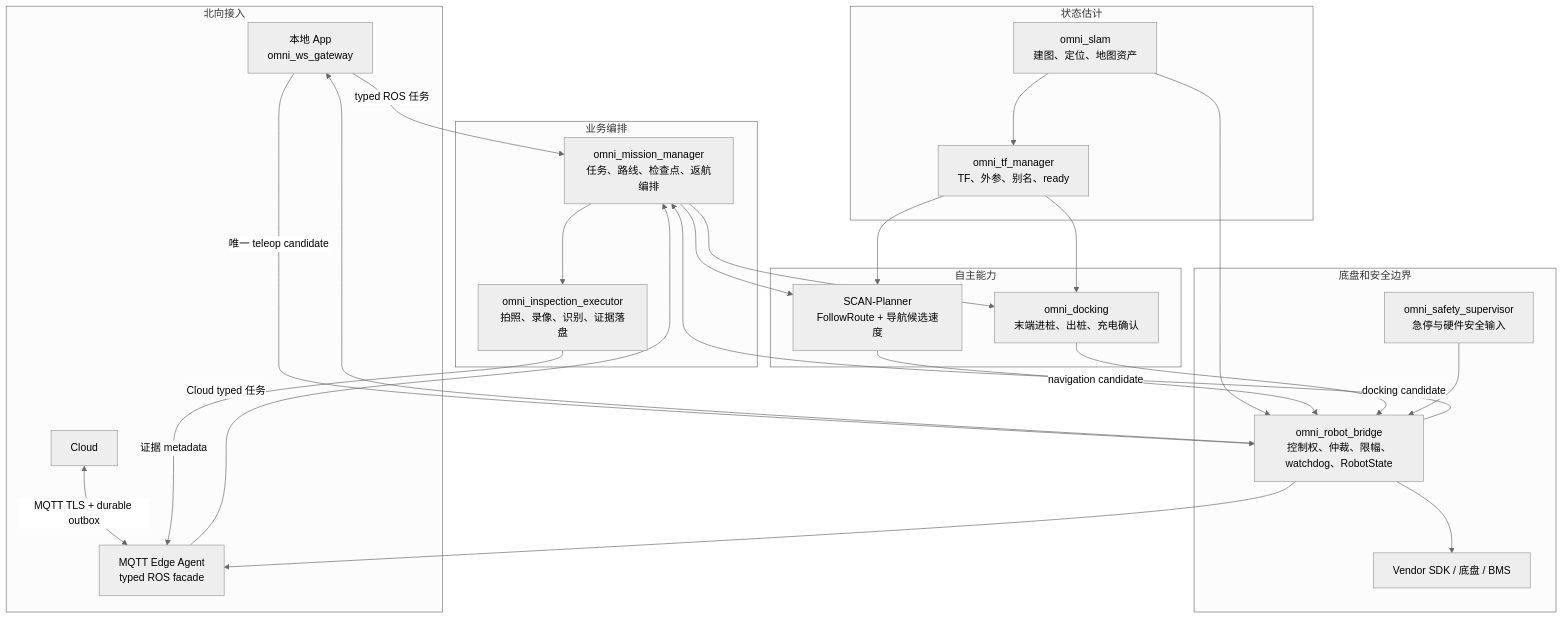
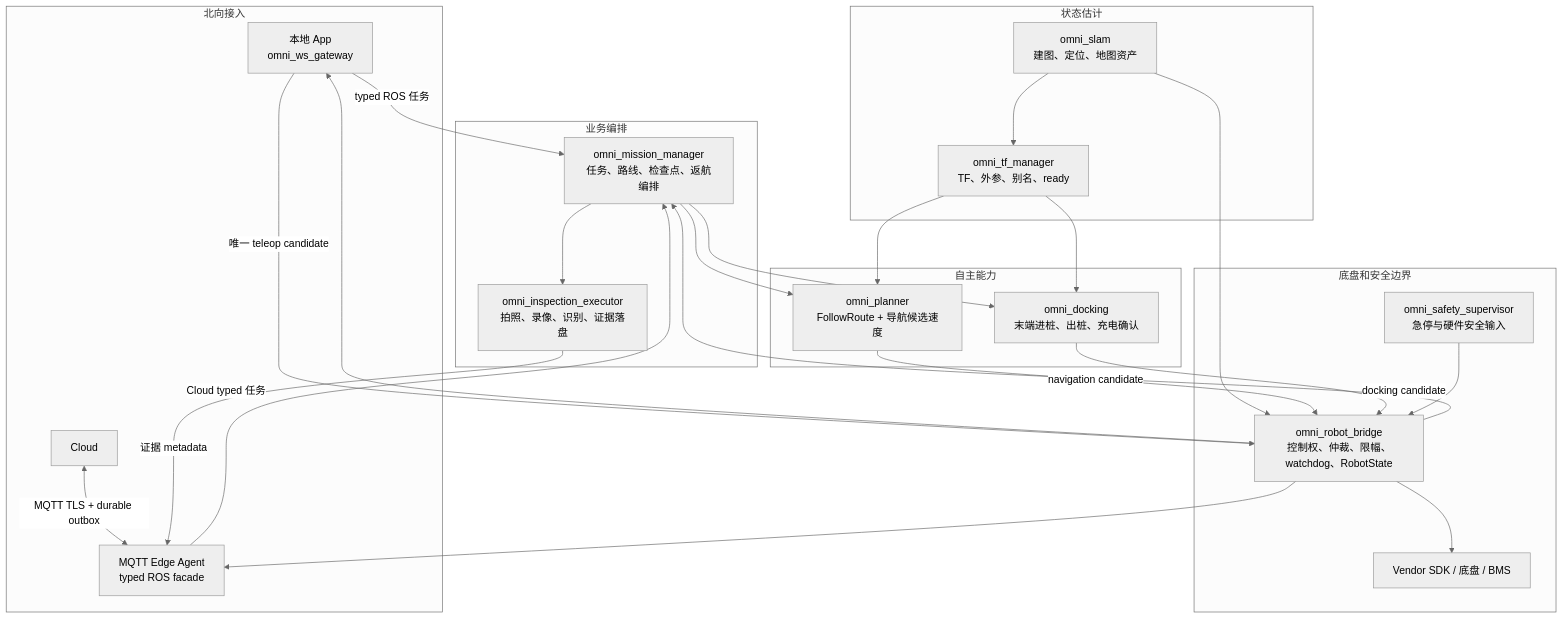
One commit to YanYaoyuan/omni_navi changed the first of 6 diagrams in docs/ARCHITECTURE.md. Above: the diagram before and after it, drawn with Mermaid (neutral theme). The commit also changed other lines of this file and 7 other files, not shown here.

````diff
--- a/docs/ARCHITECTURE.md
+++ b/docs/ARCHITECTURE.md
@@ -71,44 +71,44 @@
 ```mermaid
 flowchart TB
     subgraph NORTH["北向接入"]
         APP["本地 App<br/>omni_ws_gateway"]
         CLOUD["Cloud"]
         EDGE["MQTT Edge Agent<br/>typed ROS facade"]
     end
     subgraph BUSINESS["业务编排"]
         MISSION["omni_mission_manager<br/>任务、路线、检查点、返航编排"]
         PAYLOAD["omni_inspection_executor<br/>拍照、录像、识别、证据落盘"]
     end
     subgraph AUTONOMY["自主能力"]
-        PLANNER["SCAN-Planner<br/>FollowRoute + 导航候选速度"]
+        PLANNER["omni_planner<br/>FollowRoute + 导航候选速度"]
         DOCKING["omni_docking<br/>末端进桩、出桩、充电确认"]
     end
     subgraph ESTIMATION["状态估计"]
         SLAM["omni_slam<br/>建图、定位、地图资产"]
         TF["omni_tf_manager<br/>TF、外参、别名、ready"]
     end
     subgraph MOTION["底盘和安全边界"]
         SAFETY["omni_safety_supervisor<br/>急停与硬件安全输入"]
         BRIDGE["omni_robot_bridge<br/>控制权、仲裁、限幅、watchdog、RobotState"]
         SDK["Vendor SDK / 底盘 / BMS"]
     end
     CLOUD <-->|MQTT TLS + durable outbox| EDGE
     APP -->|typed ROS 任务| MISSION
     EDGE -->|Cloud typed 任务| MISSION
     MISSION --> PLANNER
     MISSION --> DOCKING
     MISSION --> PAYLOAD
     SLAM --> TF
     TF --> PLANNER
     TF --> DOCKING
     SLAM --> BRIDGE
     PLANNER -->|navigation candidate| BRIDGE
     DOCKING -->|docking candidate| BRIDGE
     APP -->|唯一 teleop candidate| BRIDGE
     SAFETY --> BRIDGE
     BRIDGE --> SDK
     BRIDGE --> MISSION
     BRIDGE --> APP
     BRIDGE --> EDGE
     PAYLOAD -->|证据 metadata| EDGE
 ```
````
